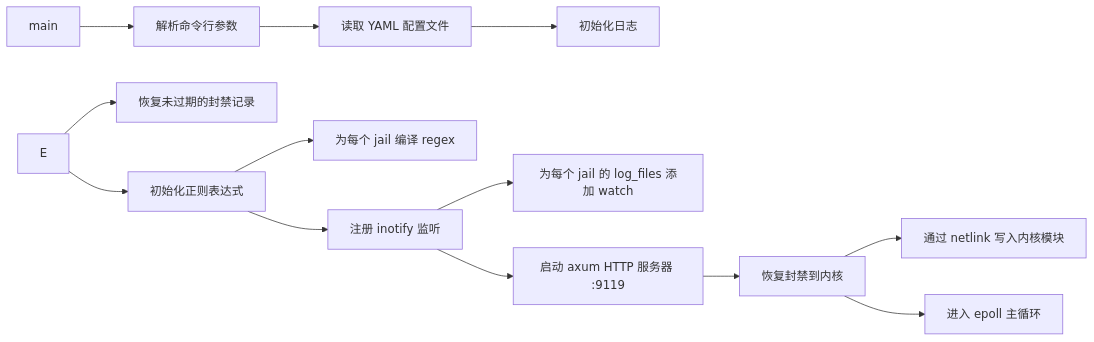
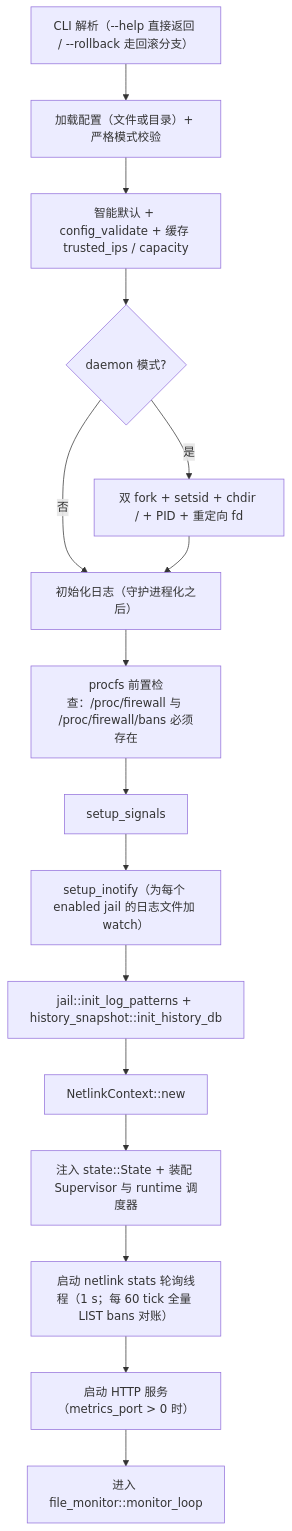
The diagram in docs/zh/architecture/daemon.md (SnowCore8/linux-firewall-kmod), drawn with Mermaid before and after one commit. The commit also changed other lines of this file and 3 other files, not shown here.

````diff
--- a/docs/zh/architecture/daemon.md
+++ b/docs/zh/architecture/daemon.md
@@ -142,15 +184,18 @@
 ```mermaid
-graph LR
-    A["main"] --> B["解析命令行参数"]
-    B --> C["读取 YAML 配置文件"]
-    C --> D["初始化日志"]
-    E --> E1["恢复未过期的封禁记录"]
-    E --> F["初始化正则表达式"]
-    F --> F1["为每个 jail 编译 regex"]
-    F --> G["注册 inotify 监听"]
-    G --> G1["为每个 jail 的 log_files 添加 watch"]
-    G --> H["启动 axum HTTP 服务器 :9119"]
-    H --> I["恢复封禁到内核"]
-    I --> I1["通过 netlink 写入内核模块"]
-    I --> J["进入 epoll 主循环"]
+graph TB
+    A["CLI 解析（--help 直接返回 / --rollback 走回滚分支）"] --> B["加载配置（文件或目录）+ 严格模式校验"]
+    B --> C["智能默认 + config_validate + 缓存 trusted_ips / capacity"]
+    C --> D{"daemon 模式?"}
+    D -->|是| E["双 fork + setsid + chdir / + PID + 重定向 fd"]
+    D -->|否| F["初始化日志（守护进程化之后）"]
+    E --> F
+    F --> G["procfs 前置检查：/proc/firewall 与 /proc/firewall/bans 必须存在"]
+    G --> H["setup_signals"]
+    H --> I["setup_inotify（为每个 enabled jail 的日志文件加 watch）"]
+    I --> J["jail::init_log_patterns + history_snapshot::init_history_db"]
+    J --> K["NetlinkContext::new"]
+    K --> L["注入 state::State + 装配 Supervisor 与 runtime 调度器"]
+    L --> M["启动 netlink stats 轮询线程（1 s；每 60 tick 全量 LIST bans 对账）"]
+    M --> N["启动 HTTP 服务（metrics_port > 0 时）"]
+    N --> O["进入 file_monitor::monitor_loop"]
 ```
````
